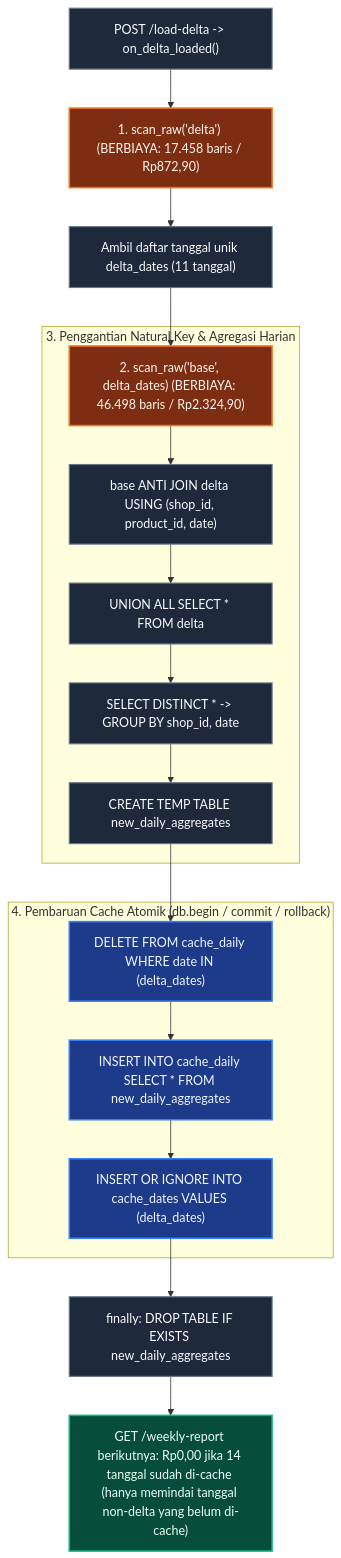
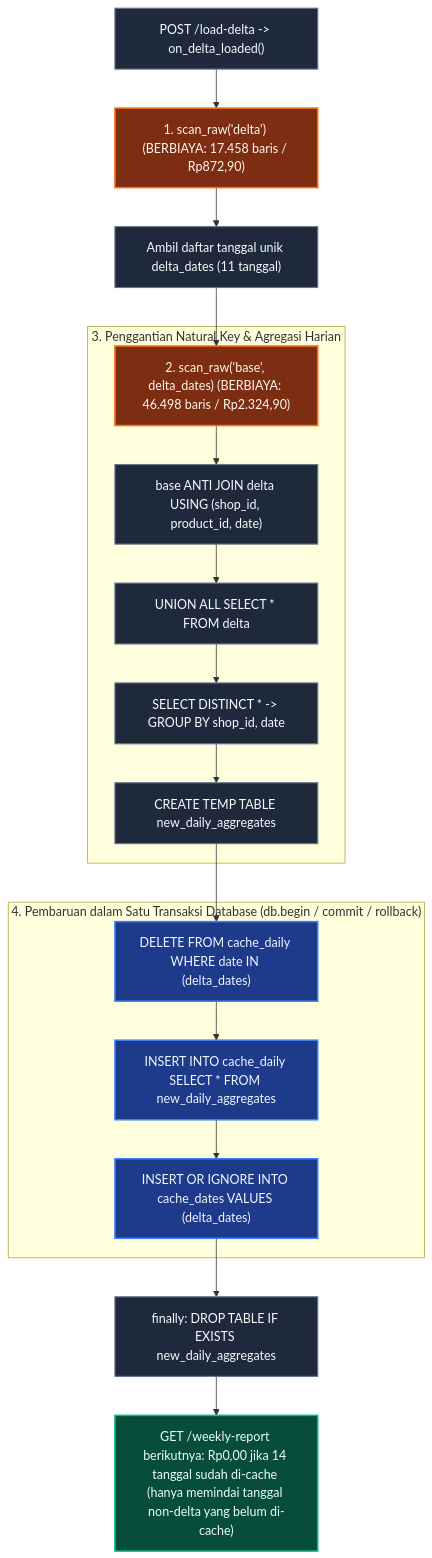
One commit to faliqadlan/nesra-hiring-engineer changed the second of 2 diagrams in README.md. Above: the diagram before and after it, drawn with Mermaid. The commit also changed other lines of this file, not shown here.

Commit message:
docs(readme): clarify warehouse simulation cost, cache tables, transaction semantics, and delta/WoW behavior

````diff
--- a/README.md
+++ b/README.md
@@ -76,32 +121,32 @@
 ```mermaid
 flowchart TD
     Post["POST /load-delta -> on_delta_loaded()"] --> ScanDelta["1. scan_raw('delta') (BERBIAYA: 17.458 baris / Rp872,90)"]
     ScanDelta --> GetDates["Ambil daftar tanggal unik delta_dates (11 tanggal)"]
     GetDates --> ScanBase["2. scan_raw('base', delta_dates) (BERBIAYA: 46.498 baris / Rp2.324,90)"]
 
     subgraph Merge ["3. Penggantian Natural Key & Agregasi Harian"]
         ScanBase --> AntiJoin["base ANTI JOIN delta USING (shop_id, product_id, date)"]
         AntiJoin --> UnionAll["UNION ALL SELECT * FROM delta"]
         UnionAll --> Distinct["SELECT DISTINCT * -> GROUP BY shop_id, date"]
         Distinct --> TempTable["CREATE TEMP TABLE new_daily_aggregates"]
     end
 
-    subgraph AtomicSwap ["4. Pembaruan Cache Atomik (db.begin / commit / rollback)"]
+    subgraph AtomicSwap ["4. Pembaruan dalam Satu Transaksi Database (db.begin / commit / rollback)"]
         TempTable --> DeleteOld["DELETE FROM cache_daily WHERE date IN (delta_dates)"]
         DeleteOld --> InsertNew["INSERT INTO cache_daily SELECT * FROM new_daily_aggregates"]
         InsertNew --> MarkDates["INSERT OR IGNORE INTO cache_dates VALUES (delta_dates)"]
     end
 
     MarkDates --> Cleanup["finally: DROP TABLE IF EXISTS new_daily_aggregates"]
     Cleanup --> Ready["GET /weekly-report berikutnya: Rp0,00 jika 14 tanggal sudah di-cache (hanya memindai tanggal non-delta yang belum di-cache)"]
 
     classDef paid fill:#7c2d12,stroke:#f97316,stroke-width:2px,color:#fff7ed;
     classDef atomic fill:#1e3a8a,stroke:#3b82f6,stroke-width:2px,color:#eff6ff;
     classDef free fill:#064e3b,stroke:#10b981,stroke-width:2px,color:#ecfdf5;
     classDef neutral fill:#1e293b,stroke:#64748b,stroke-width:1.5px,color:#f8fafc;
 
     class ScanDelta,ScanBase paid;
     class DeleteOld,InsertNew,MarkDates atomic;
     class Ready free;
     class Post,GetDates,AntiJoin,UnionAll,Distinct,TempTable,Cleanup neutral;
 ```
````
